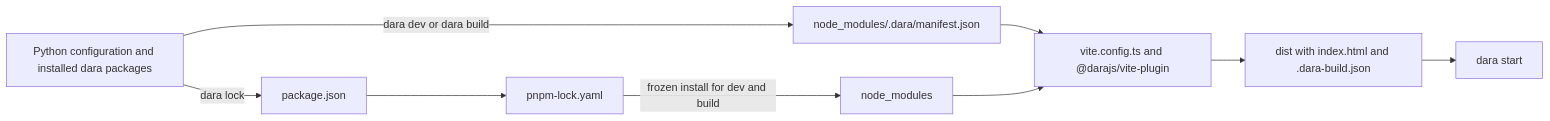
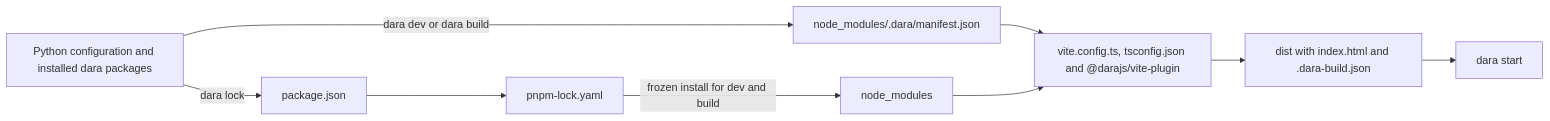
One commit to causalens/dara changed the diagram in docs-internal/proposals/dara-js-build-redesign.md. Above: the diagram before and after it, drawn with Mermaid. The commit also changed other lines of this file, not shown here.

````diff
--- a/docs-internal/proposals/dara-js-build-redesign.md
+++ b/docs-internal/proposals/dara-js-build-redesign.md
@@ -134,17 +134,17 @@
 ```mermaid
 flowchart LR
     config["Python configuration and installed dara packages"]
     package["package.json"]
     lock["pnpm-lock.yaml"]
     manifest["node_modules/.dara/manifest.json"]
     modules["node_modules"]
-    vite["vite.config.ts and @darajs/vite-plugin"]
+    vite["vite.config.ts, tsconfig.json and @darajs/vite-plugin"]
     dist["dist with index.html and .dara-build.json"]
     start["dara start"]
 
     config -->|"dara lock"| package --> lock
     lock -->|"frozen install for dev and build"| modules
     config -->|"dara dev or dara build"| manifest
     manifest --> vite
     modules --> vite --> dist --> start
 ```
````
